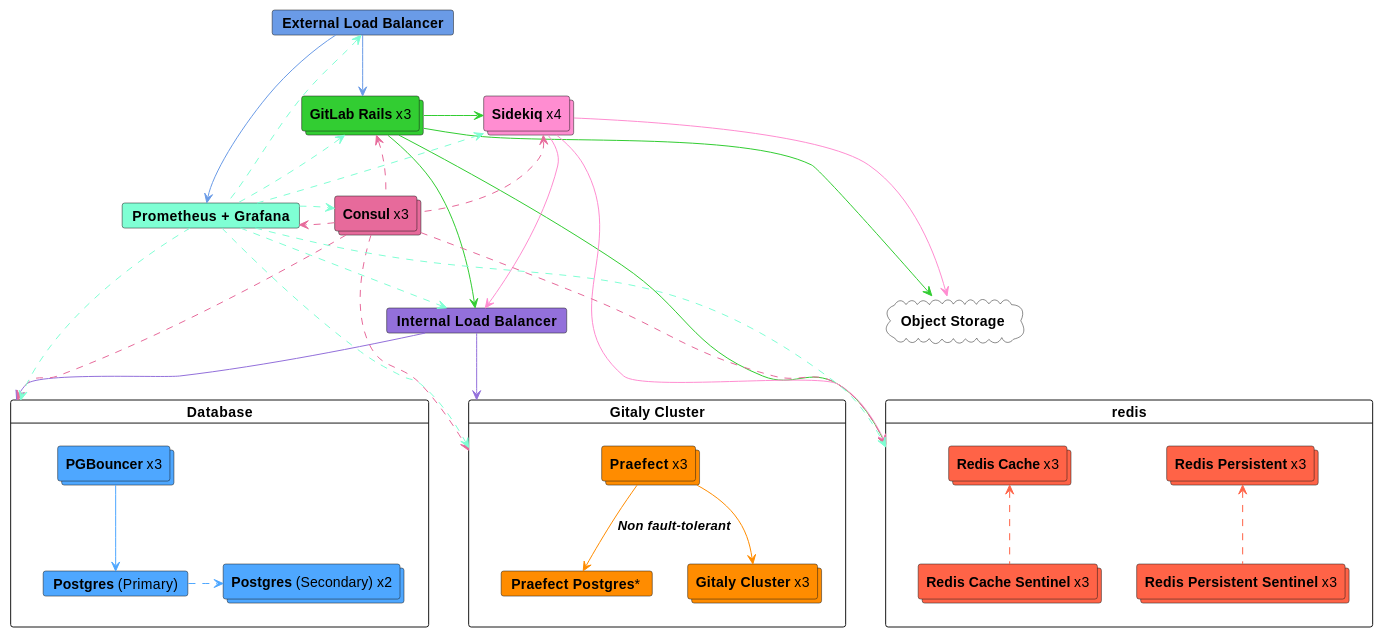
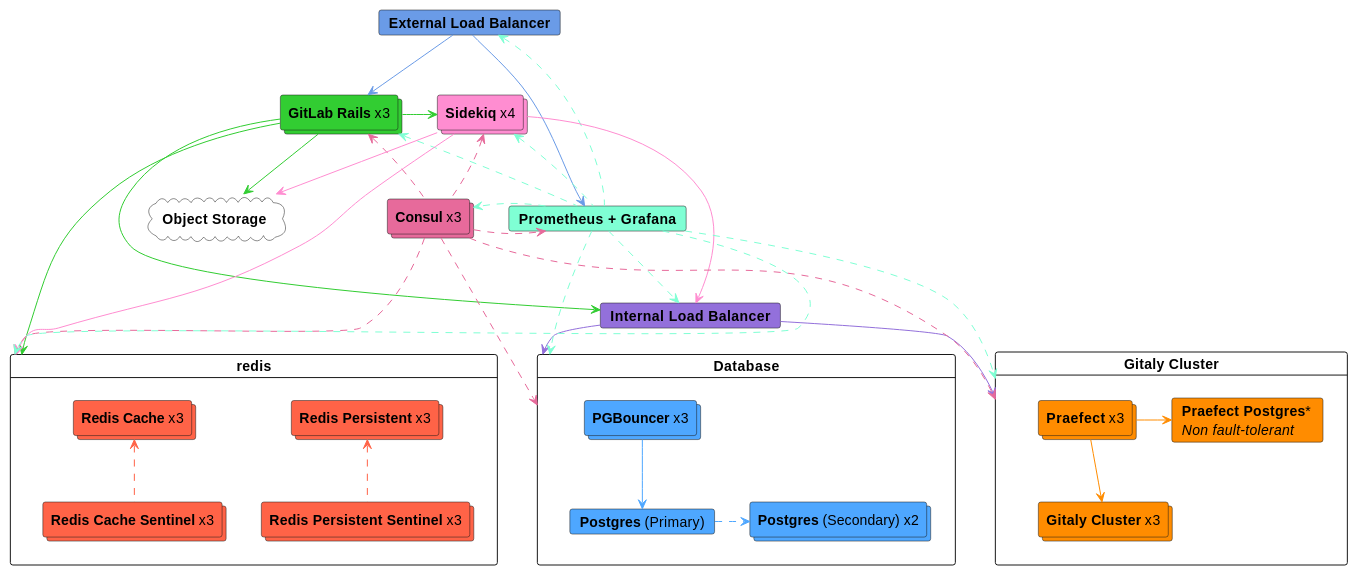
Before and after one commit to mehulagg/gitlab: the diagram in doc/administration/reference_architectures/10k_users.md, drawn with PlantUML.

Commit message:
Further tweaks to RA 10k diagram

```diff
--- a/doc/administration/reference_architectures/10k_users.md
+++ b/doc/administration/reference_architectures/10k_users.md
@@ -52,10 +52,10 @@
 card "Gitaly Cluster" as gitaly_cluster {
   collections "**Praefect** x3" as praefect #FF8C00
   collections "**Gitaly Cluster** x3" as gitaly #FF8C00
-  card "**Praefect Postgres***" as praefect_postgres #FF8C00
+  card "**Praefect Postgres***\n//Non fault-tolerant//" as praefect_postgres #FF8C00
   
   praefect -[#FF8C00]-> gitaly
-  praefect -[#FF8C00]-> praefect_postgres: **//Non fault-tolerant//**
+  praefect -[#FF8C00]> praefect_postgres
 }
 
 card "Database" as database {
@@ -68,37 +68,35 @@
 }
 
 card "redis" as redis {
-  collections "**Redis Persistent** x3" as redis_persistant #FF6347
+  collections "**Redis Persistent** x3" as redis_persistent #FF6347
   collections "**Redis Cache** x3" as redis_cache #FF6347
-  collections "**Redis Persistent Sentinel** x3" as redis_persistant_sentinel #FF6347
+  collections "**Redis Persistent Sentinel** x3" as redis_persistent_sentinel #FF6347
   collections "**Redis Cache Sentinel** x3"as redis_cache_sentinel #FF6347
   
-  redis_persistant <.[#FF6347]- redis_persistant_sentinel
+  redis_persistent <.[#FF6347]- redis_persistent_sentinel
   redis_cache <.[#FF6347]- redis_cache_sentinel
 }
 
 cloud "**Object Storage**" as object_storage #white
 
 elb -[#6a9be7]-> gitlab
-elb -[hidden]-> sidekiq
 elb -[#6a9be7]--> monitor
 
 gitlab -[#32CD32]> sidekiq
 gitlab -[#32CD32]--> ilb
-gitlab -[#32CD32]--> object_storage
-gitlab -[#32CD32,norank]---> redis
+gitlab -[#32CD32]-> object_storage
+gitlab -[#32CD32]---> redis
 gitlab -[hidden]-> monitor
 gitlab -[hidden]-> consul
 
 sidekiq -[#ff8dd1]--> ilb
-sidekiq -[#ff8dd1]--> object_storage
-sidekiq -[#ff8dd1,norank]---> redis
+sidekiq -[#ff8dd1]-> object_storage
+sidekiq -[#ff8dd1]---> redis
 sidekiq -[hidden]-> monitor
 sidekiq -[hidden]-> consul
 
+ilb -[#9370DB]-> gitaly_cluster
 ilb -[#9370DB]-> database
-ilb -[#9370DB]-> gitaly_cluster
-ilb -[hidden]-> redis
 
 consul .[#e76a9b]u-> gitlab
 consul .[#e76a9b]u-> sidekiq
```
